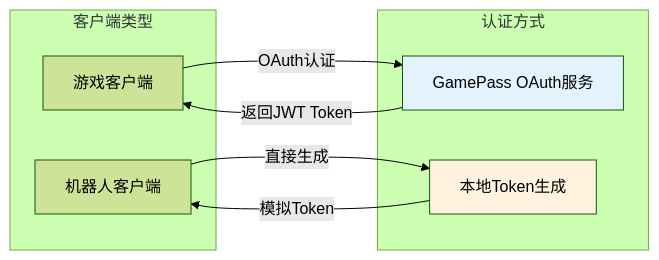
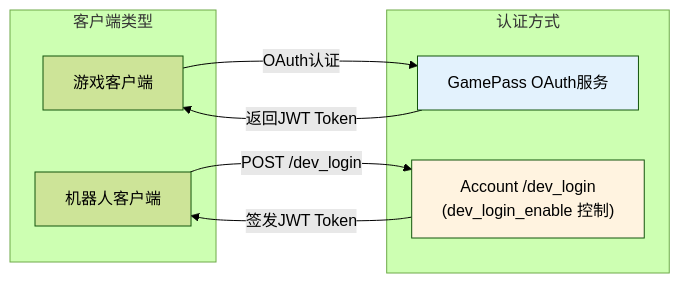
The fourth of 8 diagrams in docs/guide/login_diagram.md (hanxi/skyext), drawn with Mermaid (forest theme) before and after one commit. The commit also changed other lines of this file and 10 other files, not shown here.

````diff
--- a/docs/guide/login_diagram.md
+++ b/docs/guide/login_diagram.md
@@ -102,20 +134,20 @@
 ```mermaid
 graph LR
     subgraph "客户端类型"
         Client[游戏客户端]
         RobotClient[机器人客户端]
     end
 
     subgraph "认证方式"
         GamePass[GamePass OAuth服务]
-        LocalGen[本地Token生成]
+        DevLogin["Account /dev_login<br/>(dev_login_enable 控制)"]
     end
 
     Client -->|OAuth认证| GamePass
     GamePass -->|返回JWT Token| Client
-    RobotClient -->|直接生成| LocalGen
-    LocalGen -->|模拟Token| RobotClient
+    RobotClient -->|POST /dev_login| DevLogin
+    DevLogin -->|签发JWT Token| RobotClient
 
     style GamePass fill:#e3f2fd
-    style LocalGen fill:#fff3e0
+    style DevLogin fill:#fff3e0
 ```
````
